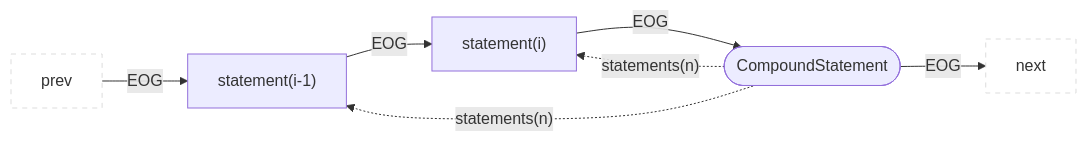
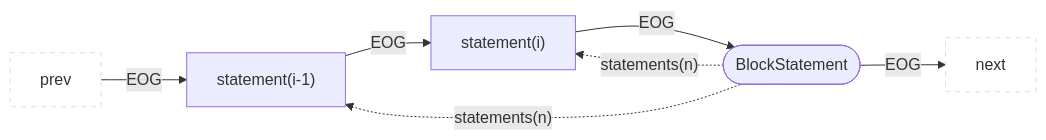
One commit to Fraunhofer-AISEC/cpg changed diagram 16 of 40 in docs/docs/CPG/specs/eog.md. Above: the diagram before and after it, drawn with Mermaid. The commit also changed other lines of this file and 27 other files, not shown here.

````diff
--- a/docs/docs/CPG/specs/eog.md
+++ b/docs/docs/CPG/specs/eog.md
@@ -332,11 +332,11 @@
 ```mermaid
 flowchart LR
   classDef outer fill:#fff,stroke:#ddd,stroke-dasharray:5 5;
   prev:::outer --EOG--> child1["statement(i-1)"]
   child1 --EOG-->child2["statement(i)"]
-  parent(["CompoundStatement"]) --EOG--> next:::outer
+  parent(["BlockStatement"]) --EOG--> next:::outer
   parent -."statements(n)".-> child1
   parent -."statements(n)".-> child2
   child2 --EOG--> parent
 
 ```
````
